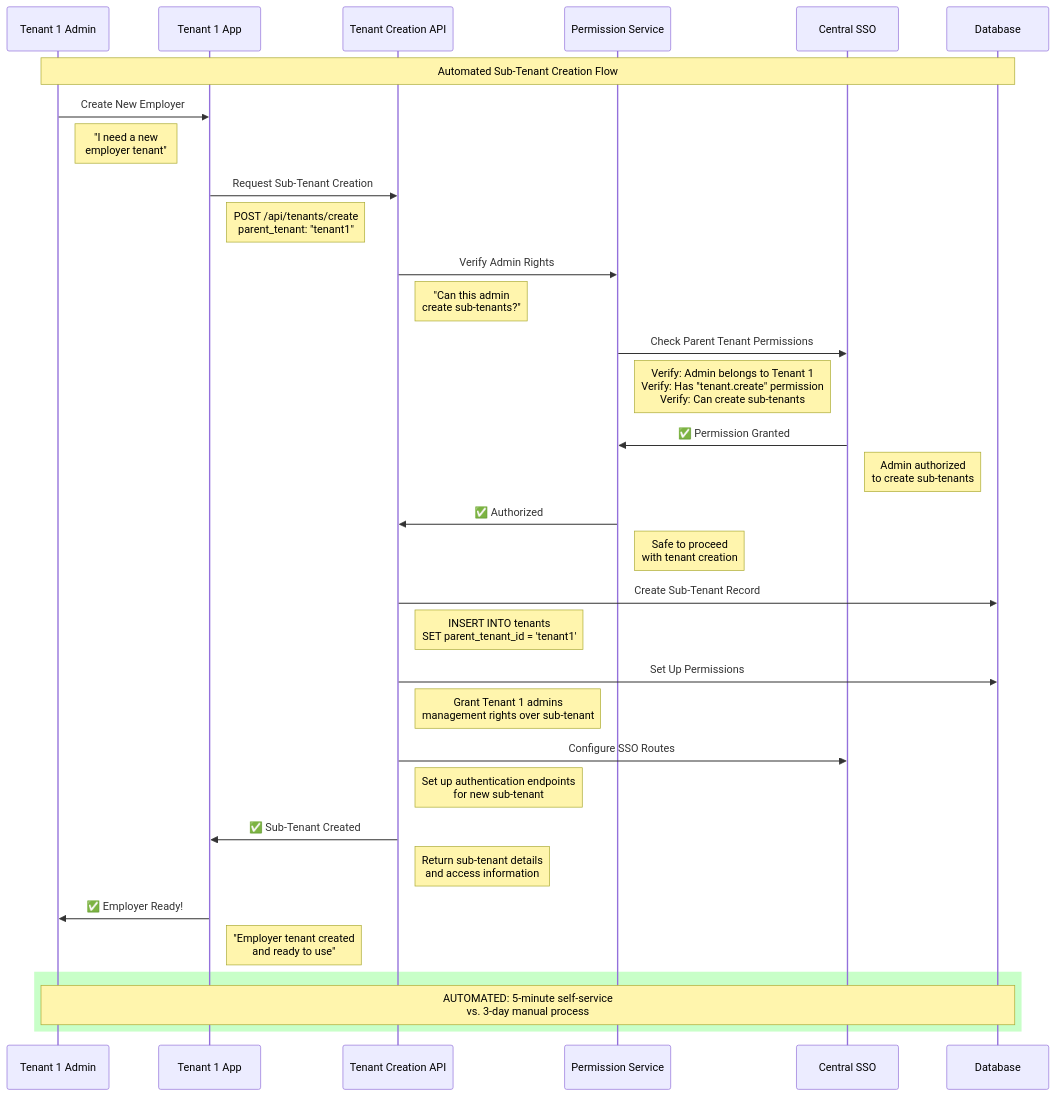
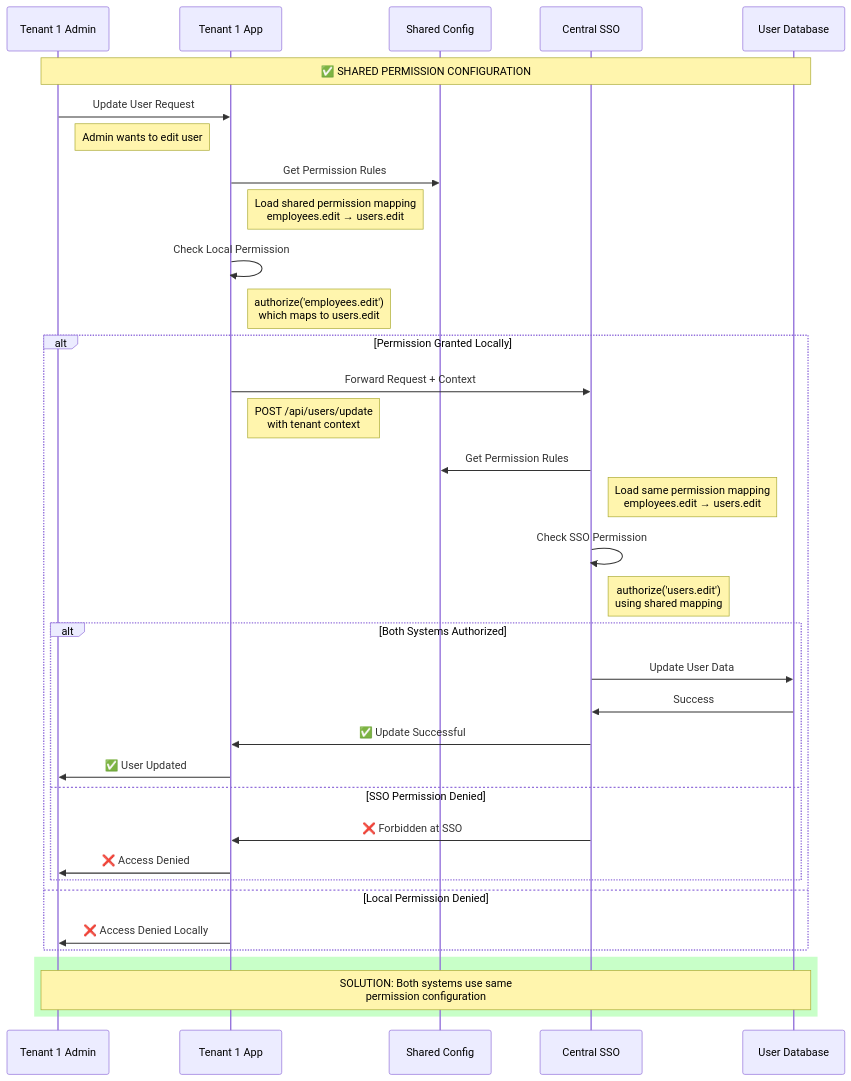
Diagram 17 of 22 in docs/architecture/challenges-and-solutions.md (hi-dil/SSO-POC), drawn with Mermaid before and after one commit. The commit also changed other lines of this file and 4 other files, not shown here.

````diff
--- a/docs/architecture/challenges-and-solutions.md
+++ b/docs/architecture/challenges-and-solutions.md
@@ -607,48 +1993,46 @@
 ```mermaid
 sequenceDiagram
     participant Admin as Tenant 1 Admin
     participant T1 as Tenant 1 App
-    participant API as Tenant Creation API
-    participant Auth as Permission Service
+    participant CONFIG as Shared Config
     participant SSO as Central SSO
-    participant DB as Database
+    participant DB as User Database
     
-    Note over Admin,DB: Automated Sub-Tenant Creation Flow
+    Note over Admin,DB: ✅ SHARED PERMISSION CONFIGURATION
     
-    Admin->>T1: Create New Employer
-    Note right of Admin: "I need a new<br/>employer tenant"
+    Admin->>T1: Update User Request
+    Note right of Admin: Admin wants to edit user
     
-    T1->>API: Request Sub-Tenant Creation
-    Note right of T1: POST /api/tenants/create<br/>parent_tenant: "tenant1"
+    T1->>CONFIG: Get Permission Rules
+    Note right of T1: Load shared permission mapping<br/>employees.edit → users.edit
     
-    API->>Auth: Verify Admin Rights
-    Note right of API: "Can this admin<br/>create sub-tenants?"
+    T1->>T1: Check Local Permission
+    Note right of T1: authorize('employees.edit')<br/>which maps to users.edit
     
-    Auth->>SSO: Check Parent Tenant Permissions
-    Note right of Auth: Verify: Admin belongs to Tenant 1<br/>Verify: Has "tenant.create" permission<br/>Verify: Can create sub-tenants
-    
-    SSO->>Auth: ✅ Permission Granted
-    Note right of SSO: Admin authorized<br/>to create sub-tenants
-    
-    Auth->>API: ✅ Authorized
-    Note right of Auth: Safe to proceed<br/>with tenant creation
-    
-    API->>DB: Create Sub-Tenant Record
-    Note right of API: INSERT INTO tenants<br/>SET parent_tenant_id = 'tenant1'
-    
-    API->>DB: Set Up Permissions
-    Note right of API: Grant Tenant 1 admins<br/>management rights over sub-tenant
-    
-    API->>SSO: Configure SSO Routes
-    Note right of API: Set up authentication endpoints<br/>for new sub-tenant
-    
-    API->>T1: ✅ Sub-Tenant Created
-    Note right of API: Return sub-tenant details<br/>and access information
-    
-    T1->>Admin: ✅ Employer Ready!
-    Note right of T1: "Employer tenant created<br/>and ready to use"
+    alt Permission Granted Locally
+        T1->>SSO: Forward Request + Context
+        Note right of T1: POST /api/users/update<br/>with tenant context
+        
+        SSO->>CONFIG: Get Permission Rules
+        Note right of SSO: Load same permission mapping<br/>employees.edit → users.edit
+        
+        SSO->>SSO: Check SSO Permission
+        Note right of SSO: authorize('users.edit')<br/>using shared mapping
+        
+        alt Both Systems Authorized
+            SSO->>DB: Update User Data
+            DB->>SSO: Success
+            SSO->>T1: ✅ Update Successful
+            T1->>Admin: ✅ User Updated
+        else SSO Permission Denied
+            SSO->>T1: ❌ Forbidden at SSO
+            T1->>Admin: ❌ Access Denied
+        end
+    else Local Permission Denied
+        T1->>Admin: ❌ Access Denied Locally
+    end
     
     rect rgb(200, 255, 200)
-        Note over Admin,DB: AUTOMATED: 5-minute self-service<br/>vs. 3-day manual process
+        Note over Admin,DB: SOLUTION: Both systems use same<br/>permission configuration
     end
 ```
````
